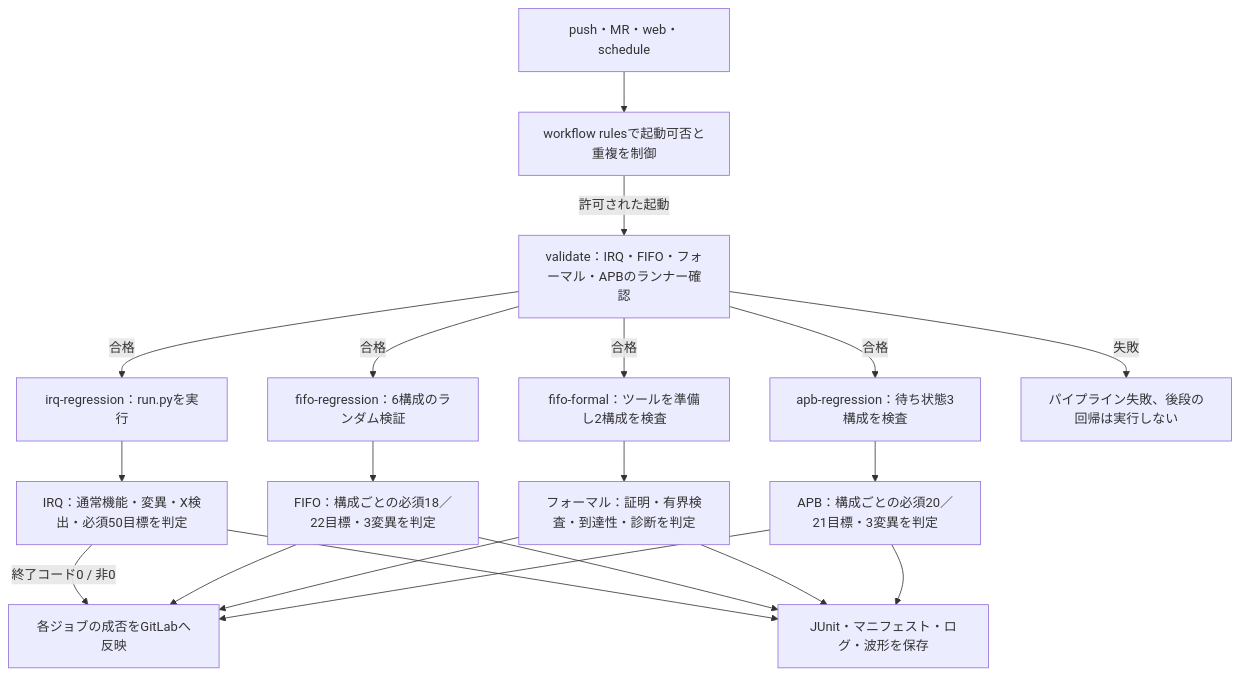
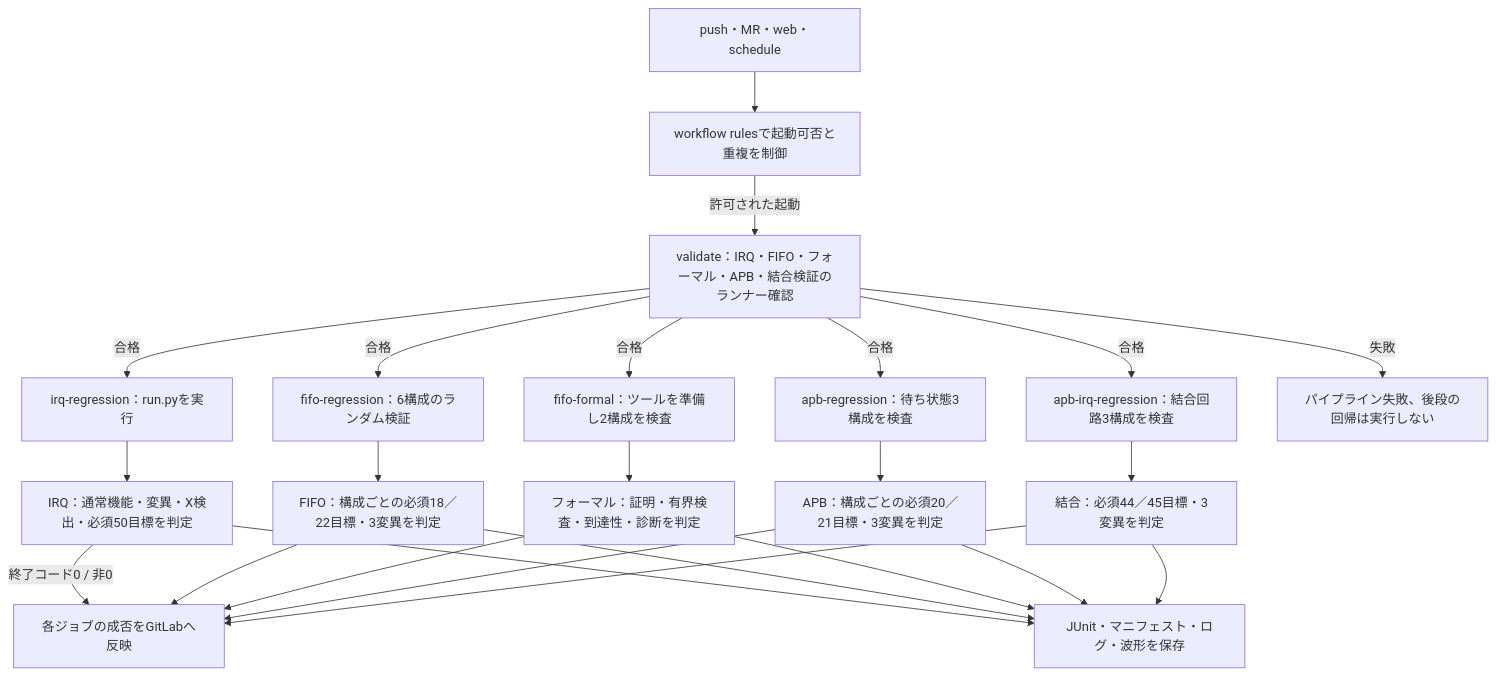
One commit to kurochan001/lsi-verification-method changed the diagram in examples/gitlab-regression/README.md. Above: the diagram before and after it, drawn with Mermaid. The commit also changed other lines of this file and 14 other files, not shown here.

````diff
--- a/examples/gitlab-regression/README.md
+++ b/examples/gitlab-regression/README.md
@@ -78,24 +78,28 @@
 ```mermaid
 flowchart TD
-  accTitle: 四つの検証例を実行するGitLabパイプライン
-  accDescr: workflowが許可した起動で四種類のランナー確認を行い、成功後にIRQ、FIFO六構成、フォーマル二構成、APB三構成を実行して結果と証跡を保存する。
+  accTitle: 五つの検証例を実行するGitLabパイプライン
+  accDescr: workflowが許可した起動で五種類のランナー確認を行い、成功後にIRQ、FIFO六構成、フォーマル二構成、APB三構成とAPB・割込み結合三構成を実行して結果と証跡を保存する。
   T["push・MR・web・schedule"] --> W["workflow rulesで起動可否と重複を制御"]
-  W -- "許可された起動" --> V["validate：IRQ・FIFO・フォーマル・APBのランナー確認"]
+  W -- "許可された起動" --> V["validate：IRQ・FIFO・フォーマル・APB・結合検証のランナー確認"]
   V -- "合格" --> R["irq-regression：run.pyを実行"]
   V -- "合格" --> Q["fifo-regression：6構成のランダム検証"]
   V -- "合格" --> M["fifo-formal：ツールを準備し2構成を検査"]
   V -- "合格" --> B["apb-regression：待ち状態3構成を検査"]
+  V -- "合格" --> BI["apb-irq-regression：結合回路3構成を検査"]
   V -- "失敗" --> F["パイプライン失敗、後段の回帰は実行しない"]
   R --> G["IRQ：通常機能・変異・X検出・必須50目標を判定"]
   Q --> GQ["FIFO：構成ごとの必須18／22目標・3変異を判定"]
   M --> GM["フォーマル：証明・有界検査・到達性・診断を判定"]
   B --> GB["APB：構成ごとの必須20／21目標・3変異を判定"]
+  BI --> GBI["結合：必須44／45目標・3変異を判定"]
   G -- "終了コード0 / 非0" --> J["各ジョブの成否をGitLabへ反映"]
   GQ --> J
   GM --> J
   GB --> J
+  GBI --> J
   G --> A["JUnit・マニフェスト・ログ・波形を保存"]
   GQ --> A
   GM --> A
   GB --> A
+  GBI --> A
 ```
````
